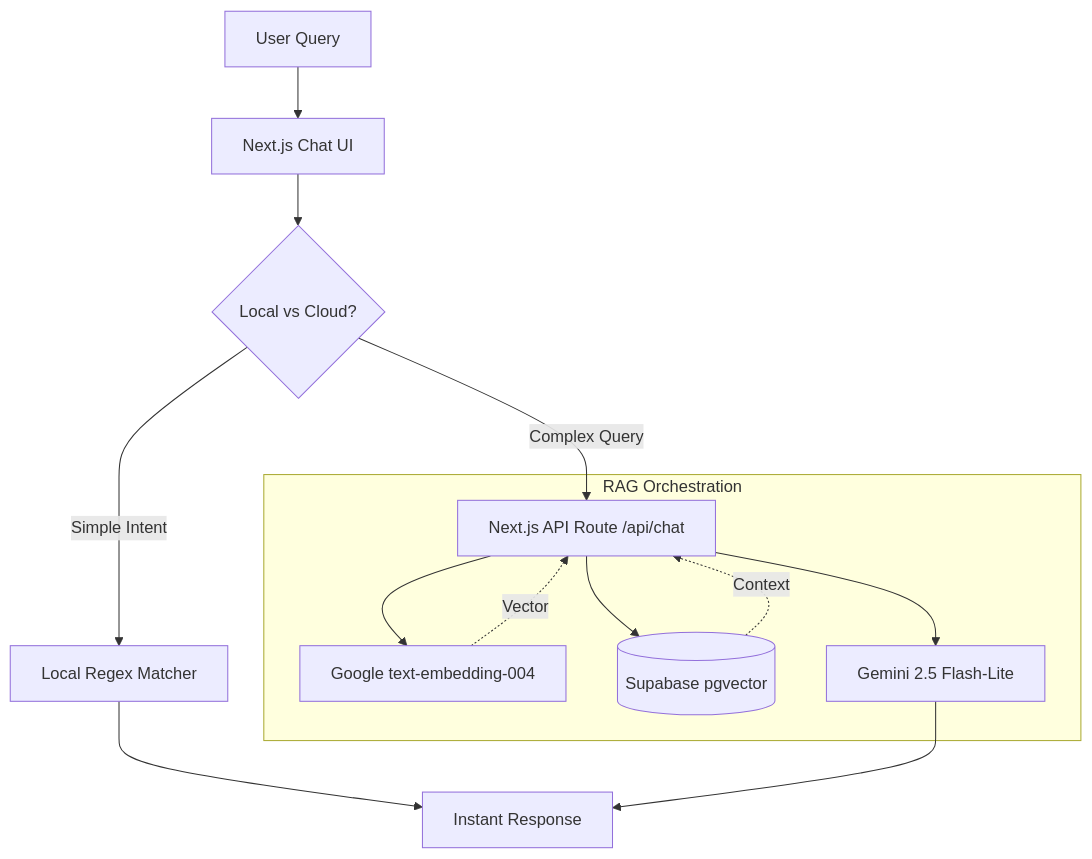
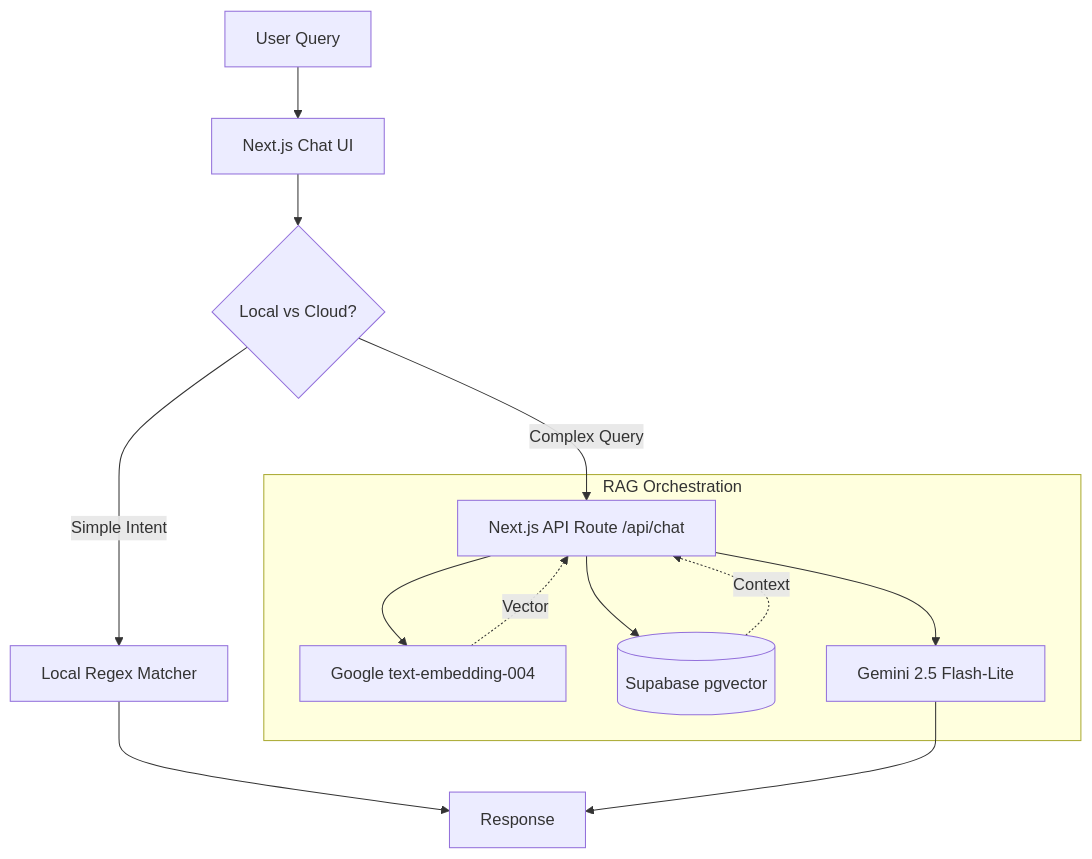
Before and after one commit to aadvxe/AI-powered-portfolio: the diagram in README.md, drawn with Mermaid.

````diff
--- a/README.md
+++ b/README.md
@@ -9,20 +9,20 @@
 ```mermaid
 graph TD
     User[User Query] --> Frontend[Next.js Chat UI]
     Frontend --> HybridRouter{Local vs Cloud?}
 
     HybridRouter -- Simple Intent --> Local[Local Regex Matcher]
-    Local --> Response[Instant Response]
+    Local --> Response[Response]
 
     HybridRouter -- Complex Query --> API[Next.js API Route /api/chat]
 
     subgraph RAG Orchestration
     API --> Embed[Google text-embedding-004]
     Embed -.->|Vector| API
     API --> VectorDB[(Supabase pgvector)]
     VectorDB -.->|Context| API
     API --> LLM[Gemini 2.5 Flash-Lite]
     end
 
     LLM --> Response
 ```
````
